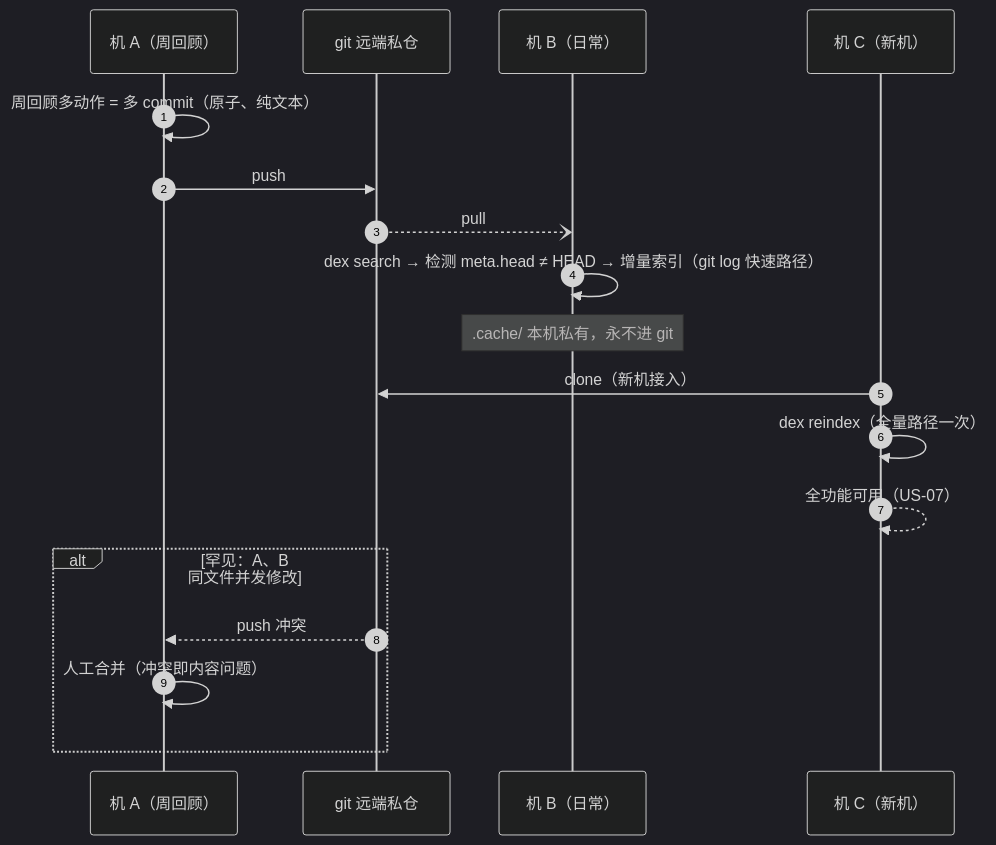
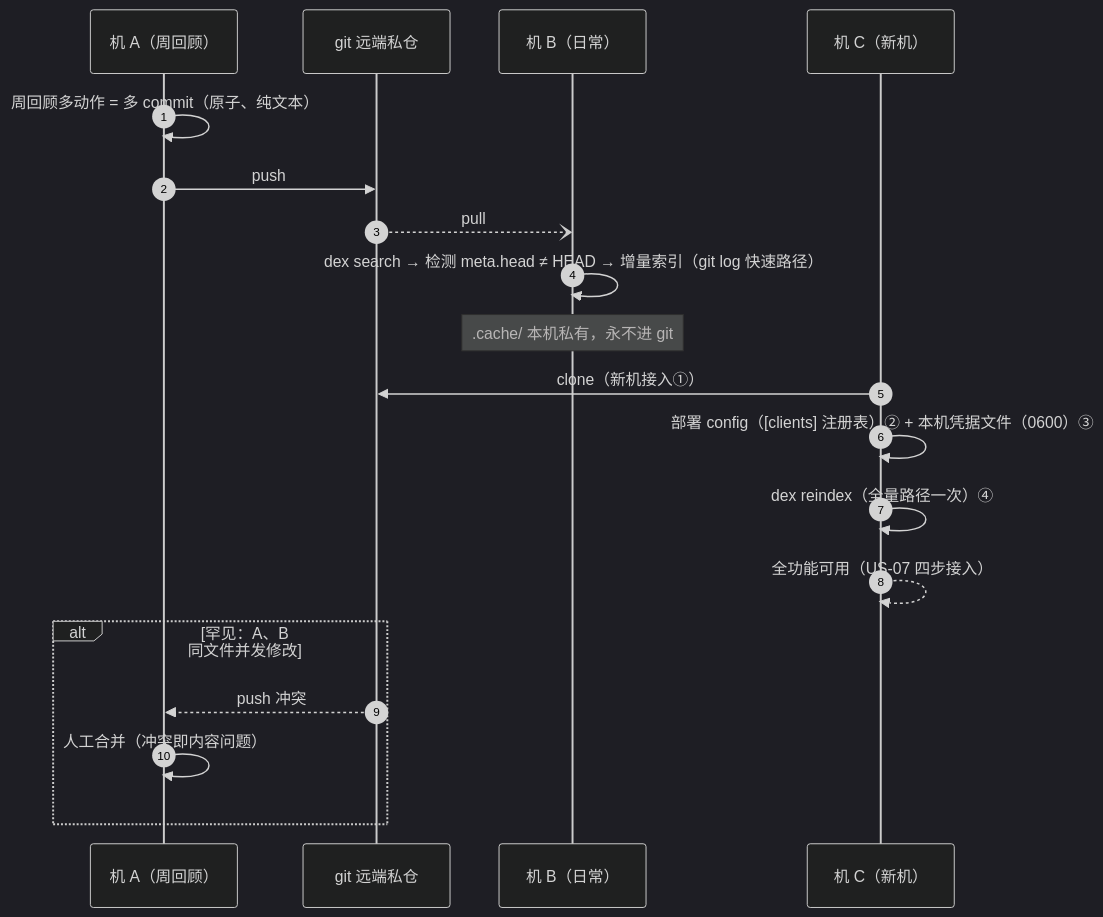
One commit to Jo0OCTsai/pokemon-remember-you changed diagram 11 of 15 in docs/DESIGN.md. Above: the diagram before and after it, drawn with Mermaid (dark theme). The commit also changed other lines of this file and 5 other files, not shown here.

````diff
--- a/docs/DESIGN.md
+++ b/docs/DESIGN.md
@@ -752,21 +754,22 @@
 ```mermaid
 sequenceDiagram
     autonumber
     participant A as 机 A（周回顾）
     participant R as git 远端私仓
     participant B as 机 B（日常）
     participant C as 机 C（新机）
 
     A->>A: 周回顾多动作 = 多 commit（原子、纯文本）
     A->>R: push
     R--)B: pull
     B->>B: dex search → 检测 meta.head ≠ HEAD → 增量索引（git log 快速路径）
     Note over B: .cache/ 本机私有，永不进 git
-    C->>R: clone（新机接入）
-    C->>C: dex reindex（全量路径一次）
-    C-->>C: 全功能可用（US-07）
+    C->>R: clone（新机接入①）
+    C->>C: 部署 config（[clients] 注册表）② + 本机凭据文件（0600）③
+    C->>C: dex reindex（全量路径一次）④
+    C-->>C: 全功能可用（US-07 四步接入）
     alt 罕见：A、B 同文件并发修改
         R-->>A: push 冲突
         A->>A: 人工合并（冲突即内容问题）
     end
 ```
````
